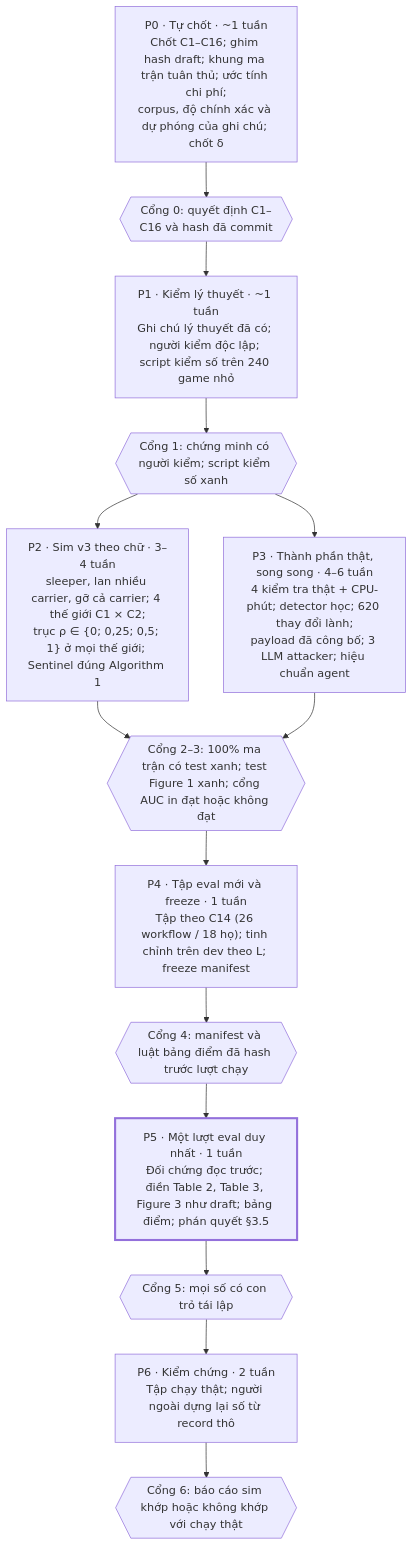
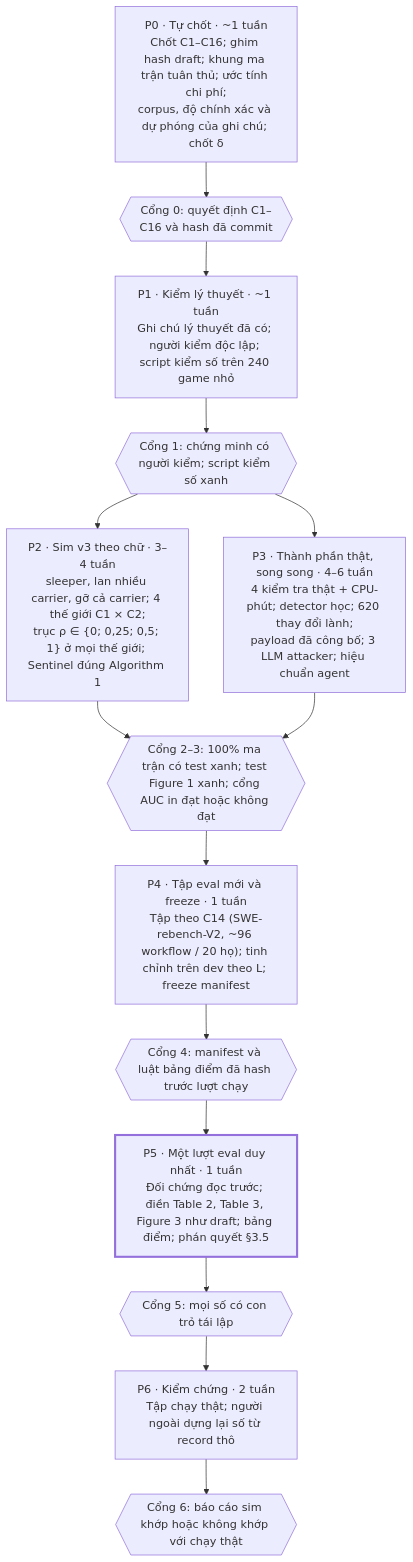
Before and after one commit to truongnh28/sentinel: the second of 2 diagrams in sentinel-v3.md, drawn with Mermaid. The commit also changed other lines of this file, not shown here.

Commit message:
v3 design: sync scale, dev use of v2 eval workflows, line-5 risk row and B1 commit depth with D-v3-1 and C16

````diff
--- a/sentinel-v3.md
+++ b/sentinel-v3.md
@@ -384,24 +385,24 @@
 ```mermaid
 flowchart TB
   P0["P0 · Tự chốt · ~1 tuần<br/>Chốt C1–C16; ghim hash draft; khung ma trận tuân thủ; ước tính chi phí;<br/>corpus, độ chính xác và dự phóng của ghi chú; chốt δ"]
   G0{{"Cổng 0: quyết định C1–C16 và hash đã commit"}}
   P1["P1 · Kiểm lý thuyết · ~1 tuần<br/>Ghi chú lý thuyết đã có; người kiểm độc lập; script kiểm số trên 240 game nhỏ"]
   G1{{"Cổng 1: chứng minh có người kiểm; script kiểm số xanh"}}
   P2["P2 · Sim v3 theo chữ · 3–4 tuần<br/>sleeper, lan nhiều carrier, gỡ cả carrier; 4 thế giới C1 × C2;<br/>trục ρ ∈ {0; 0,25; 0,5; 1} ở mọi thế giới; Sentinel đúng Algorithm 1"]
   P3["P3 · Thành phần thật, song song · 4–6 tuần<br/>4 kiểm tra thật + CPU-phút; detector học; 620 thay đổi lành;<br/>payload đã công bố; 3 LLM attacker; hiệu chuẩn agent"]
   G2{{"Cổng 2–3: 100% ma trận có test xanh; test Figure 1 xanh; cổng AUC in đạt hoặc không đạt"}}
-  P4["P4 · Tập eval mới và freeze · 1 tuần<br/>Tập theo C14 (26 workflow / 18 họ); tinh chỉnh trên dev theo L; freeze manifest"]
+  P4["P4 · Tập eval mới và freeze · 1 tuần<br/>Tập theo C14 (SWE-rebench-V2, ~96 workflow / 20 họ); tinh chỉnh trên dev theo L; freeze manifest"]
   G4{{"Cổng 4: manifest và luật bảng điểm đã hash trước lượt chạy"}}
   P5["P5 · Một lượt eval duy nhất · 1 tuần<br/>Đối chứng đọc trước; điền Table 2, Table 3, Figure 3 như draft; bảng điểm; phán quyết §3.5"]
   G5{{"Cổng 5: mọi số có con trỏ tái lập"}}
   P6["P6 · Kiểm chứng · 2 tuần<br/>Tập chạy thật; người ngoài dựng lại số từ record thô"]
   G6{{"Cổng 6: báo cáo sim khớp hoặc không khớp với chạy thật"}}
 
   P0 --> G0 --> P1 --> G1
   G1 --> P2
   G1 --> P3
   P2 --> G2
   P3 --> G2
   G2 --> P4 --> G4 --> P5 --> G5 --> P6 --> G6
   style P5 stroke-width:3px
 ```
````
